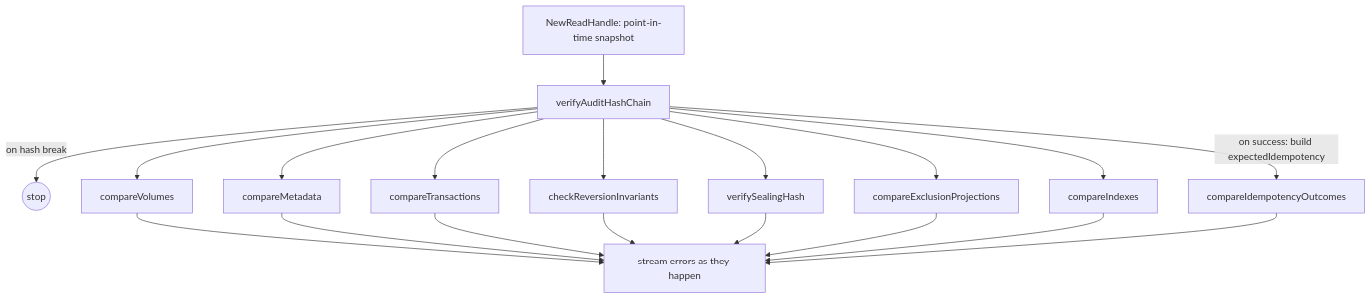
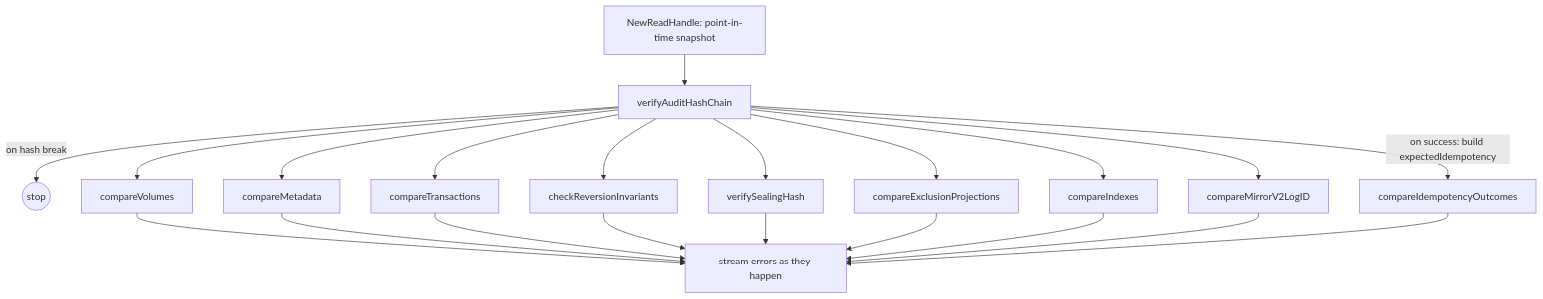
The diagram in docs/technical/architecture/subsystems/checker/checker.md (formancehq/ledger), drawn with Mermaid before and after one commit. The commit also changed other lines of this file and 6 other files, not shown here.

Commit message:
feat(EN-1550): checker bound LastMirrorV2LogId <= audited max v2LogId

````diff
--- a/docs/technical/architecture/subsystems/checker/checker.md
+++ b/docs/technical/architecture/subsystems/checker/checker.md
@@ -64,15 +66,16 @@
 ```mermaid
 flowchart TB
     A[NewReadHandle: point-in-time snapshot] --> B[verifyAuditHashChain]
     B -->|on hash break| Z((stop))
     B -->|on success: build expectedIdempotency| C[compareIdempotencyOutcomes]
     B --> D[compareVolumes]
     B --> E[compareMetadata]
     B --> F[compareTransactions]
     B --> G[checkReversionInvariants]
     B --> H[verifySealingHash]
     B --> I[compareExclusionProjections]
     B --> J[compareIndexes]
-    D & E & F & G & H & I & J --> K[stream errors as they happen]
+    B --> L[compareMirrorV2LogID]
+    D & E & F & G & H & I & J & L --> K[stream errors as they happen]
     C --> K
 ```
````
